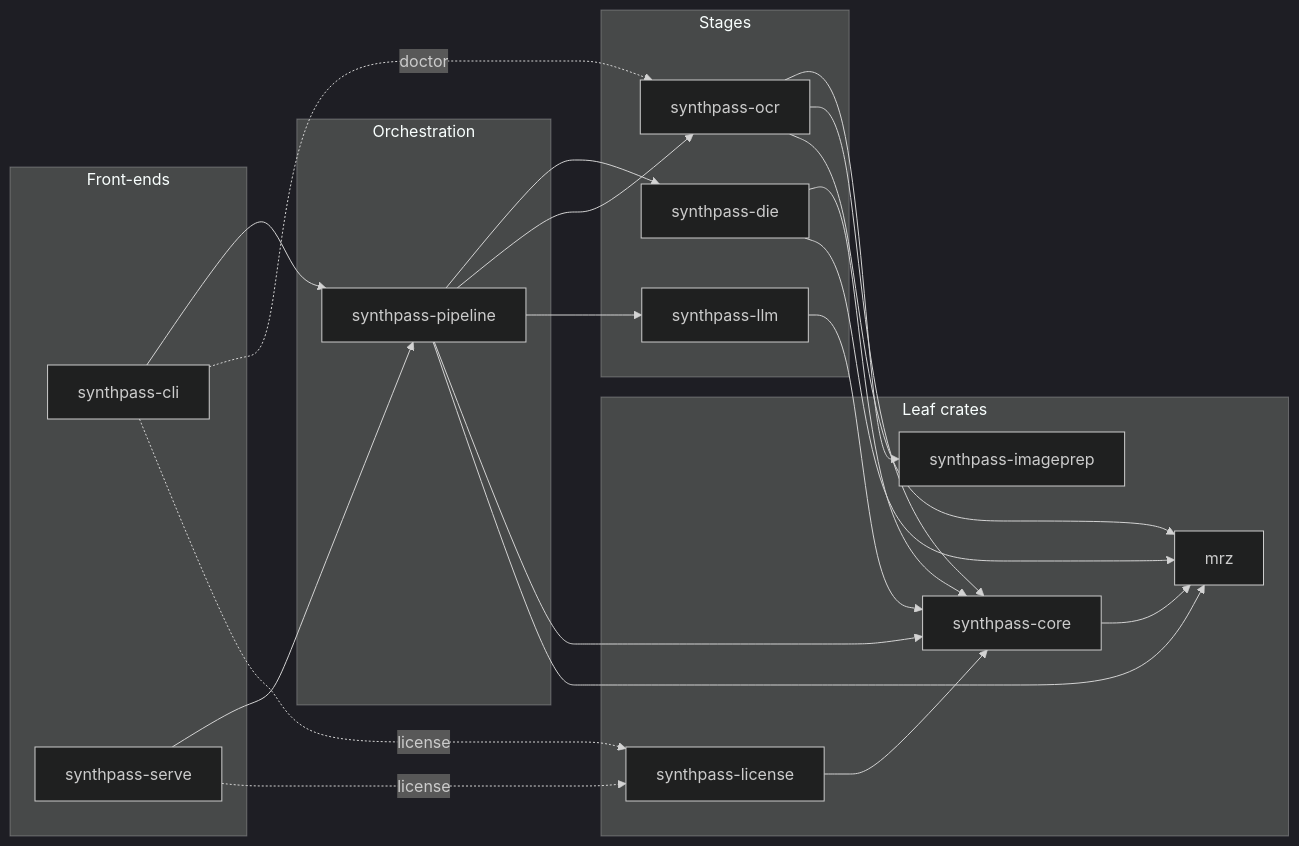
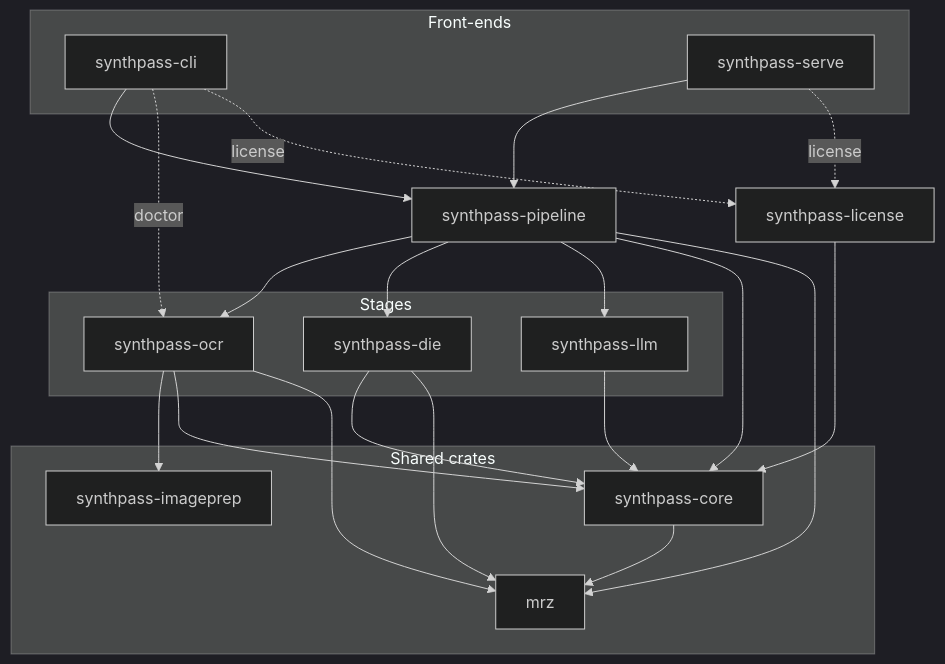
The diagram in knowledge/ARCHITECTURE.md (ruledicaprio/SynthPass), drawn with Mermaid (dark theme) before and after one commit. The commit also changed 1 other file, not shown here.

Commit message:
docs(architecture): render the four diagrams at one scale
GitHub draws a Mermaid diagram at its natural width and shrinks
anything wider than the content column, about 890 px. The four
diagrams came out at 1247, 1666, 566 and 2385 px wide, the third also
1496 px tall. So they rendered at 71%, 53%, 100% and 37%: four text
sizes on one page.

Each now fits the column at a balanced aspect ratio, so all four
render at 97-100%:

- The crate map runs top to bottom in tiers (902 x 660).
- The sequence folds MrzReader and LlmFieldReader into one "Readers
  via ProviderCatalog" participant, with shorter notes (918 wide). That
  also drops the old "(synthpass-llm)" label: LlmFieldReader and
  InferBackend live in synthpass-pipeline, and only the model is in
  synthpass-llm.
- The Tier-1 gate uses labelled edges instead of two diamonds
  (445 x 702). The retry budgets' knob names move into the prose.
- The two Tier-2 paths run top to bottom as two columns (759 x 889).

````diff
--- a/knowledge/ARCHITECTURE.md
+++ b/knowledge/ARCHITECTURE.md
@@ -63,40 +63,38 @@
 ```mermaid
-flowchart LR
-    subgraph "Front-ends"
+flowchart TB
+    subgraph FE["Front-ends"]
         CLI["synthpass-cli"]
         SERVE["synthpass-serve"]
     end
-    subgraph "Orchestration"
-        PIPE["synthpass-pipeline"]
-    end
-    subgraph "Stages"
+    PIPE["synthpass-pipeline"]
+    subgraph ST["Stages"]
         OCR["synthpass-ocr"]
         DIE["synthpass-die"]
         LLM["synthpass-llm"]
     end
-    subgraph "Leaf crates"
+    LIC["synthpass-license"]
+    subgraph SH["Shared crates"]
+        PREP["synthpass-imageprep"]
         CORE["synthpass-core"]
-        PREP["synthpass-imageprep"]
         MRZ["mrz"]
-        LIC["synthpass-license"]
     end
 
     CLI --> PIPE
     SERVE --> PIPE
     CLI -. "doctor" .-> OCR
     CLI -. "license" .-> LIC
     SERVE -. "license" .-> LIC
+    PIPE --> OCR
     PIPE --> DIE
-    PIPE --> OCR
     PIPE --> LLM
     PIPE --> CORE
     PIPE --> MRZ
-    DIE --> CORE
-    DIE --> MRZ
     OCR --> PREP
     OCR --> CORE
     OCR --> MRZ
+    DIE --> CORE
+    DIE --> MRZ
     LLM --> CORE
     LIC --> CORE
     CORE --> MRZ
 ```
````
